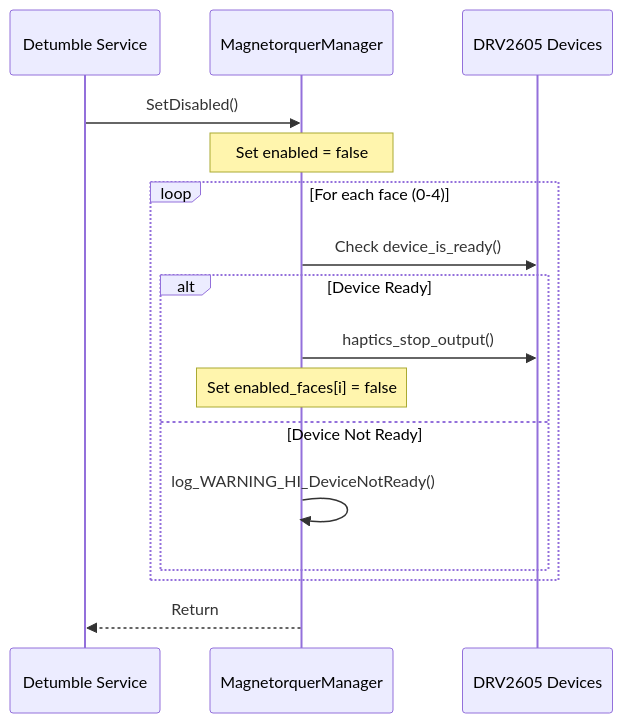
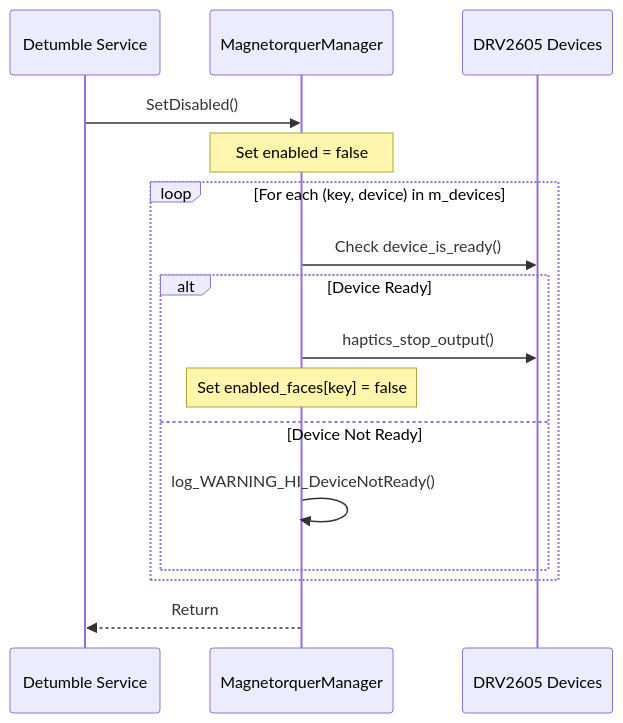
Before and after one commit to Open-Source-Space-Foundation/proves-core-reference: the fourth of 4 diagrams in FprimeZephyrReference/Components/Drv/MagnetorquerManager/docs/sdd.md, drawn with Mermaid. The commit also changed other lines of this file and 1 other file, not shown here.

````diff
--- a/FprimeZephyrReference/Components/Drv/MagnetorquerManager/docs/sdd.md
+++ b/FprimeZephyrReference/Components/Drv/MagnetorquerManager/docs/sdd.md
@@ -104,19 +112,19 @@
 ```mermaid
 sequenceDiagram
     participant DS as Detumble Service
     participant MM as MagnetorquerManager
     participant DRV as DRV2605 Devices
 
     DS->>MM: SetDisabled()
     Note over MM: Set enabled = false
-    loop For each face (0-4)
+    loop For each (key, device) in m_devices
         MM->>DRV: Check device_is_ready()
         alt Device Ready
             MM->>DRV: haptics_stop_output()
-            Note over MM: Set enabled_faces[i] = false
+            Note over MM: Set enabled_faces[key] = false
         else Device Not Ready
             MM->>MM: log_WARNING_HI_DeviceNotReady()
         end
     end
     MM-->>DS: Return
 ```
````
